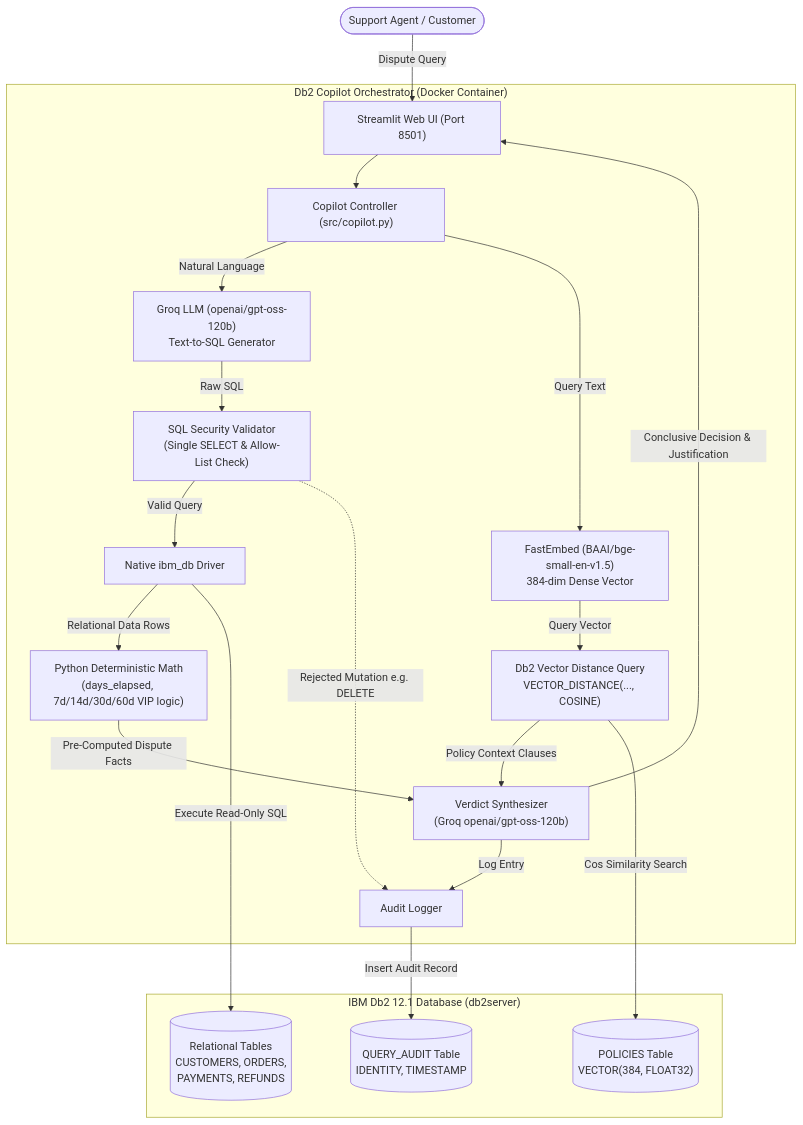
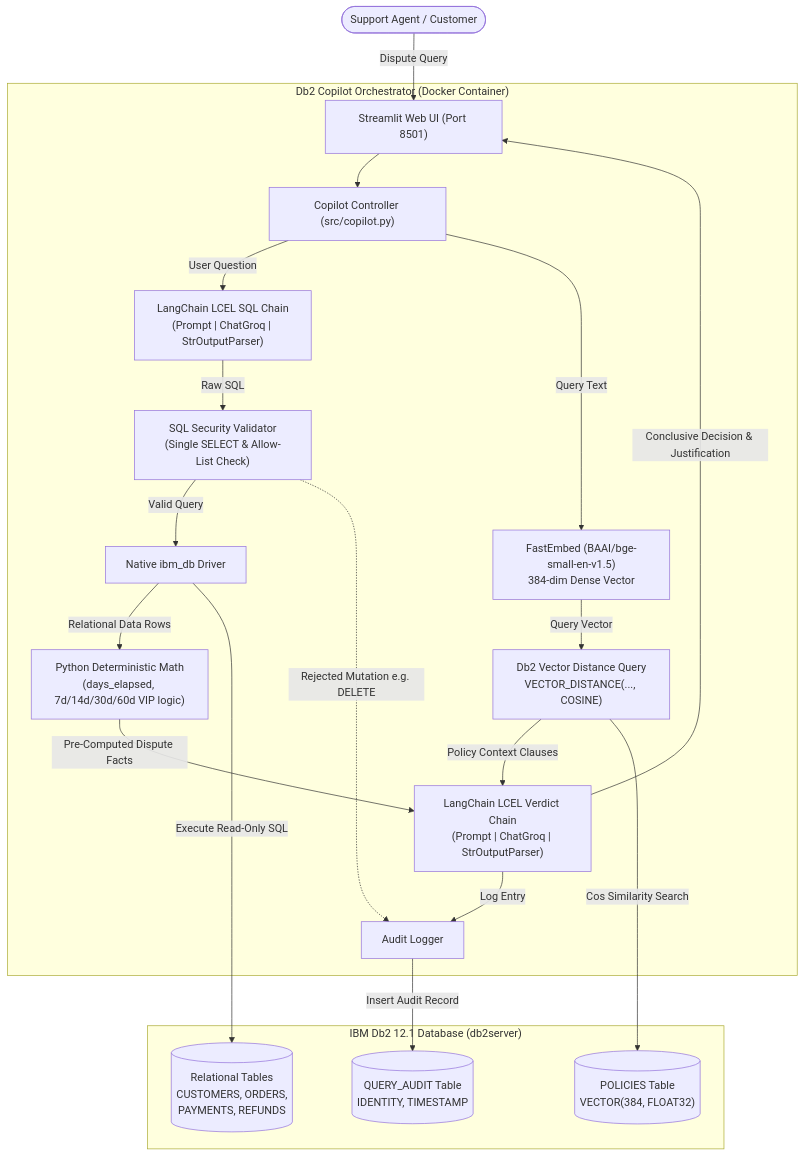
One commit to KunalGolaIBM/IBM_Db2_TechX_Project_Submission changed the diagram in submissions/db2-copilot/architecture.md. Above: the diagram before and after it, drawn with Mermaid. The commit also changed other lines of this file and 6 other files, not shown here.

Commit message:
feat(db2-copilot): integrate LangChain for LLM chains

````diff
--- a/submissions/db2-copilot/architecture.md
+++ b/submissions/db2-copilot/architecture.md
@@ -14,35 +14,35 @@
 ```mermaid
 flowchart TD
     User([Support Agent / Customer]) -->|Dispute Query| UI["Streamlit Web UI (Port 8501)"]
     
     subgraph CopilotEngine ["Db2 Copilot Orchestrator (Docker Container)"]
         UI --> Engine["Copilot Controller (src/copilot.py)"]
         
         %% Text to SQL branch
-        Engine -->|Natural Language| GroqSQL["Groq LLM (openai/gpt-oss-120b)<br/>Text-to-SQL Generator"]
-        GroqSQL -->|Raw SQL| Validator["SQL Security Validator<br/>(Single SELECT & Allow-List Check)"]
+        Engine -->|User Question| LangChainSQL["LangChain LCEL SQL Chain<br/>(Prompt | ChatGroq | StrOutputParser)"]
+        LangChainSQL -->|Raw SQL| Validator["SQL Security Validator<br/>(Single SELECT & Allow-List Check)"]
         
         Validator -->|Valid Query| Db2Driver["Native ibm_db Driver"]
         Validator -.->|Rejected Mutation e.g. DELETE| AuditLog
         
         %% Vector Retrieval branch
         Engine -->|Query Text| Embedder["FastEmbed (BAAI/bge-small-en-v1.5)<br/>384-dim Dense Vector"]
         Embedder -->|Query Vector| Db2VectorSearch["Db2 Vector Distance Query<br/>VECTOR_DISTANCE(..., COSINE)"]
         
         %% Deterministic Python Rule Engine
         Db2Driver -->|Relational Data Rows| PythonMath["Python Deterministic Math<br/>(days_elapsed, 7d/14d/30d/60d VIP logic)"]
         
         %% Decision Synthesis
-        PythonMath -->|Pre-Computed Dispute Facts| Synthesizer["Verdict Synthesizer<br/>(Groq openai/gpt-oss-120b)"]
-        Db2VectorSearch -->|Policy Context Clauses| Synthesizer
+        PythonMath -->|Pre-Computed Dispute Facts| LangChainVerdict["LangChain LCEL Verdict Chain<br/>(Prompt | ChatGroq | StrOutputParser)"]
+        Db2VectorSearch -->|Policy Context Clauses| LangChainVerdict
         
-        Synthesizer -->|Conclusive Decision & Justification| UI
-        Synthesizer -->|Log Entry| AuditLog["Audit Logger"]
+        LangChainVerdict -->|Conclusive Decision & Justification| UI
+        LangChainVerdict -->|Log Entry| AuditLog["Audit Logger"]
     end
     
     subgraph Db2Database ["IBM Db2 12.1 Database (db2server)"]
         Db2Driver -->|Execute Read-Only SQL| RelationalTables[("Relational Tables<br/>CUSTOMERS, ORDERS,<br/>PAYMENTS, REFUNDS")]
         Db2VectorSearch -->|Cos Similarity Search| VectorTable[("POLICIES Table<br/>VECTOR(384, FLOAT32)")]
         AuditLog -->|Insert Audit Record| AuditTable[("QUERY_AUDIT Table<br/>IDENTITY, TIMESTAMP")]
     end
 ```
````
